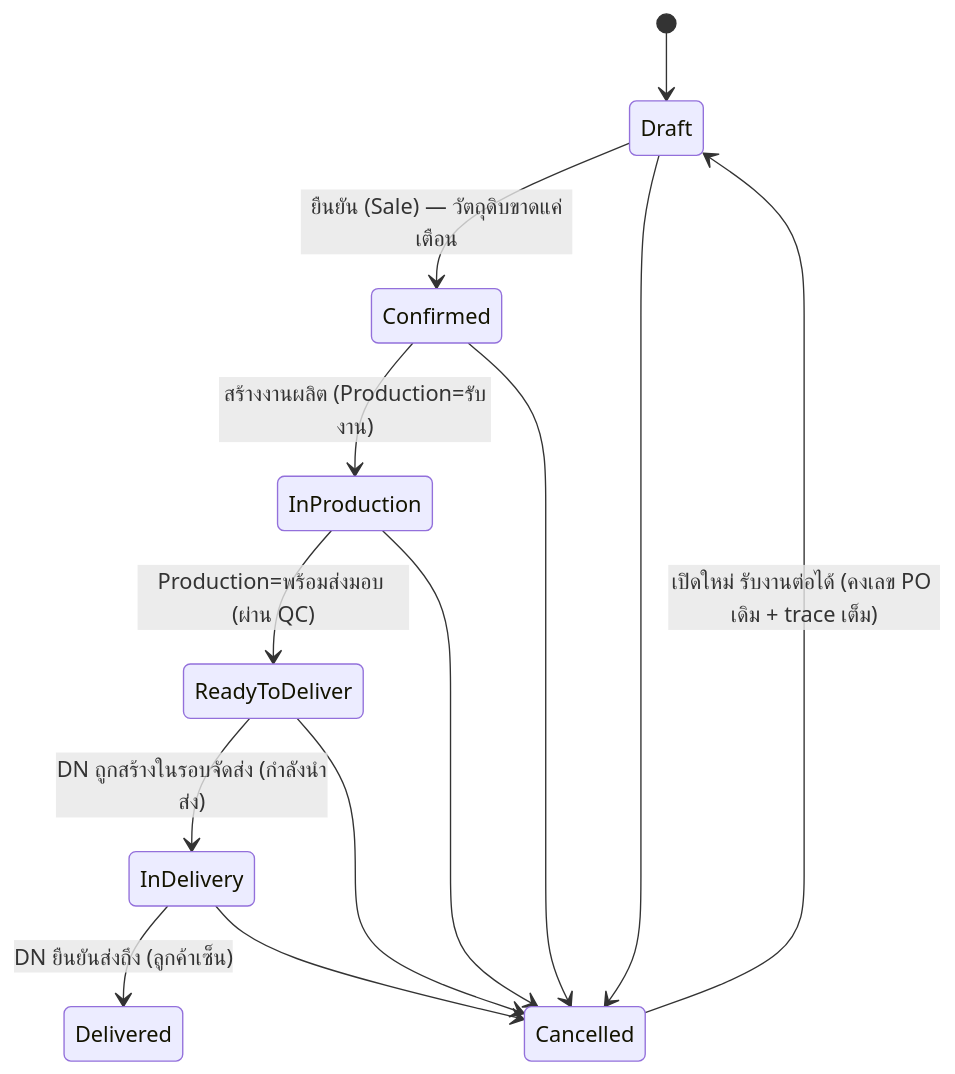
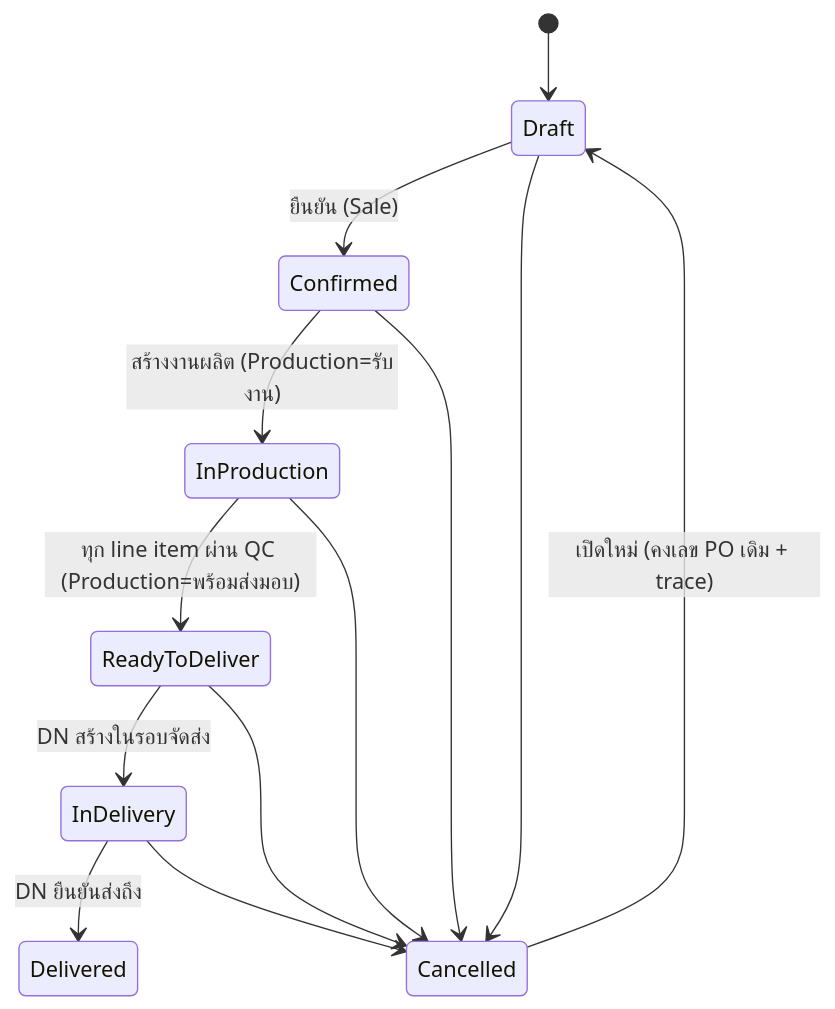
One commit to sitthi-phat/erp-cosmetics-manufacturing-module changed the second of 8 diagrams in docs/requirements/erp-v2-ui-first/status-journeys.md. Above: the diagram before and after it, drawn with Mermaid. The commit also changed other lines of this file and 3 other files, not shown here.

````diff
--- a/docs/requirements/erp-v2-ui-first/status-journeys.md
+++ b/docs/requirements/erp-v2-ui-first/status-journeys.md
@@ -67,15 +57,15 @@
 ```mermaid
 stateDiagram-v2
     [*] --> Draft
-    Draft --> Confirmed: ยืนยัน (Sale) — วัตถุดิบขาดแค่เตือน
+    Draft --> Confirmed: ยืนยัน (Sale)
     Confirmed --> InProduction: สร้างงานผลิต (Production=รับงาน)
-    InProduction --> ReadyToDeliver: Production=พร้อมส่งมอบ (ผ่าน QC)
-    ReadyToDeliver --> InDelivery: DN ถูกสร้างในรอบจัดส่ง (กำลังนำส่ง)
-    InDelivery --> Delivered: DN ยืนยันส่งถึง (ลูกค้าเซ็น)
+    InProduction --> ReadyToDeliver: ทุก line item ผ่าน QC (Production=พร้อมส่งมอบ)
+    ReadyToDeliver --> InDelivery: DN สร้างในรอบจัดส่ง
+    InDelivery --> Delivered: DN ยืนยันส่งถึง
     Draft --> Cancelled
     Confirmed --> Cancelled
     InProduction --> Cancelled
     ReadyToDeliver --> Cancelled
     InDelivery --> Cancelled
-    Cancelled --> Draft: เปิดใหม่ รับงานต่อได้ (คงเลข PO เดิม + trace เต็ม)
+    Cancelled --> Draft: เปิดใหม่ (คงเลข PO เดิม + trace)
 ```
````
